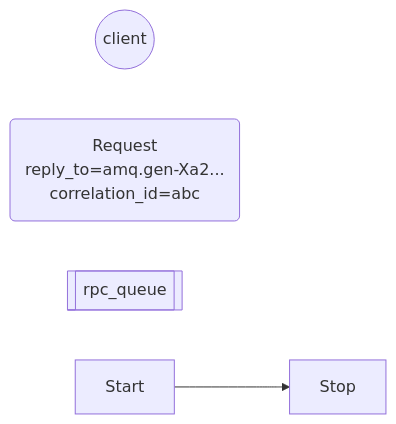
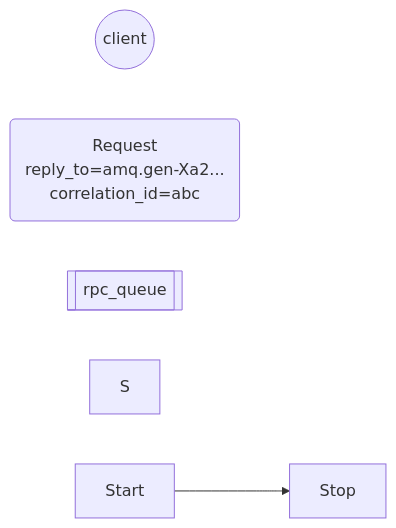
Before and after one commit to googlelxhgithub/iodraw-files: the diagram in all/未命名-7.md, drawn with Mermaid.

Commit message:
2024-08-30 19:05:29 update

````diff
--- a/all/未命名-7.md
+++ b/all/未命名-7.md
@@ -1,8 +1,9 @@
 ```mermaid
 flowchart LR
     C((client))
     R(Request\nreply_to=amq.gen-Xa2...\ncorrelation_id=abc)
     Q1[[rpc_queue]]
+    S
     Start --> Stop
   
 ```
````
